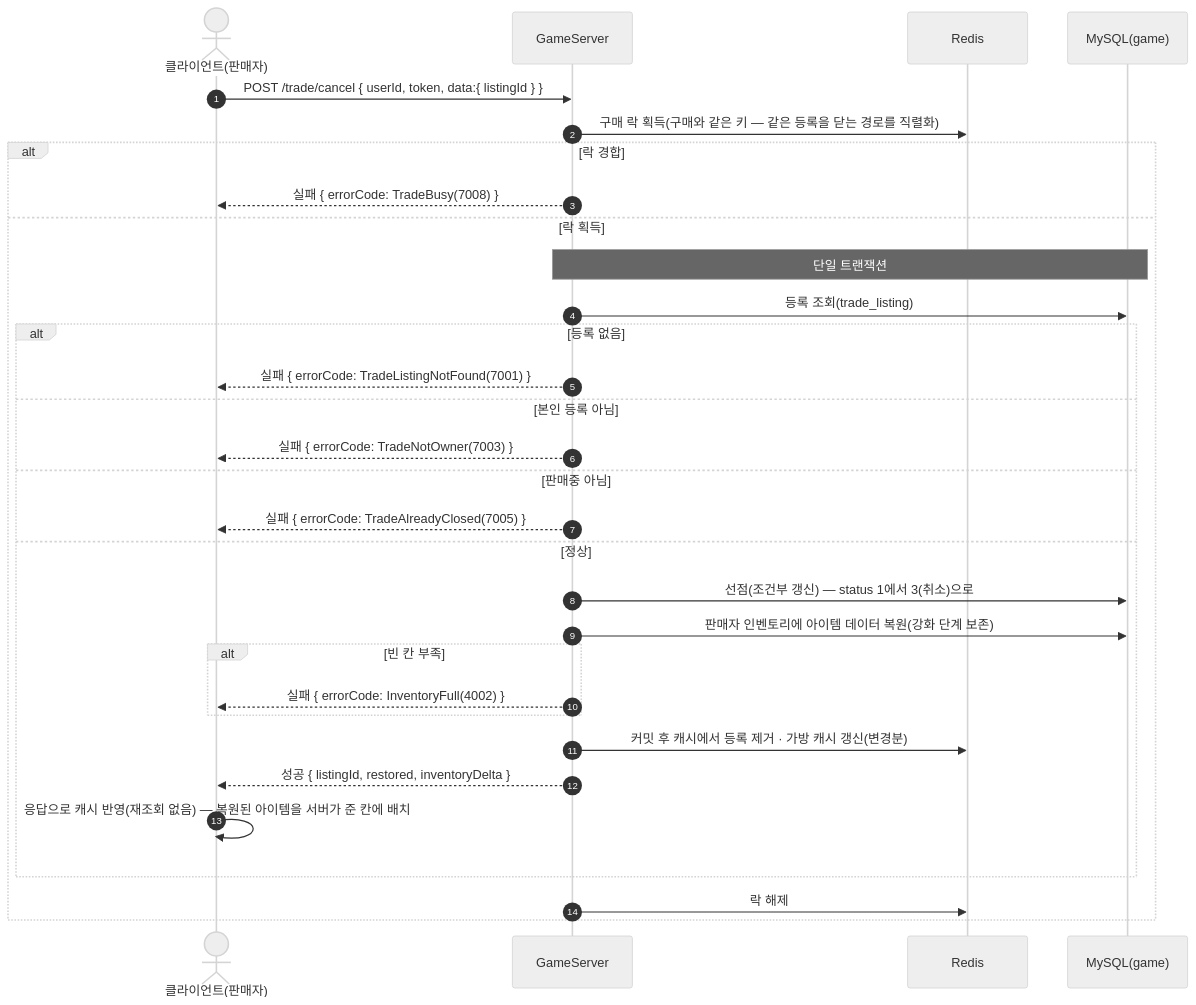
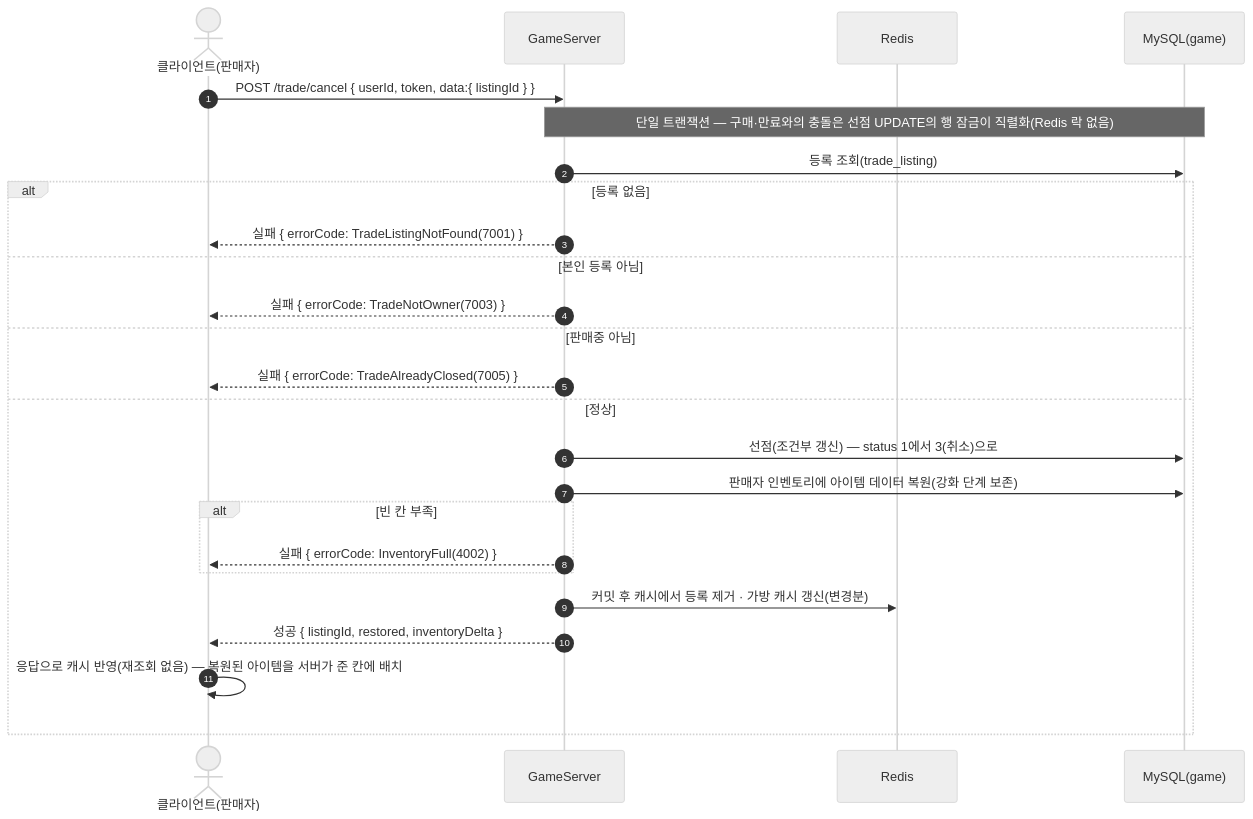
One commit to ks-wook/com2us-taskbar-hero changed diagram 28 of 35 in SequenceDiagram/README.md. Above: the diagram before and after it, drawn with Mermaid (neutral theme). The commit also changed other lines of this file and 8 other files, not shown here.

````diff
--- a/SequenceDiagram/README.md
+++ b/SequenceDiagram/README.md
@@ -921,34 +916,28 @@
 ```mermaid
 sequenceDiagram
     autonumber
     actor C as 클라이언트(판매자)
     participant S as GameServer
     participant R as Redis
     participant DB as MySQL(game)
 
     C->>S: POST /trade/cancel { userId, token, data:{ listingId } }
-    S->>R: 구매 락 획득(구매와 같은 키 — 같은 등록을 닫는 경로를 직렬화)
-    alt 락 경합
-        S-->>C: 실패 { errorCode: TradeBusy(7008) }
-    else 락 획득
-        Note over S,DB: 단일 트랜잭션
-        S->>DB: 등록 조회(trade_listing)
-        alt 등록 없음
-            S-->>C: 실패 { errorCode: TradeListingNotFound(7001) }
-        else 본인 등록 아님
-            S-->>C: 실패 { errorCode: TradeNotOwner(7003) }
-        else 판매중 아님
-            S-->>C: 실패 { errorCode: TradeAlreadyClosed(7005) }
-        else 정상
-            S->>DB: 선점(조건부 갱신) — status 1에서 3(취소)으로
-            S->>DB: 판매자 인벤토리에 아이템 데이터 복원(강화 단계 보존)
-            alt 빈 칸 부족
-                S-->>C: 실패 { errorCode: InventoryFull(4002) }
-            end
-            S->>R: 커밋 후 캐시에서 등록 제거 · 가방 캐시 갱신(변경분)
-            S-->>C: 성공 { listingId, restored, inventoryDelta }
-            C->>C: 응답으로 캐시 반영(재조회 없음) — 복원된 아이템을 서버가 준 칸에 배치
+    Note over S,DB: 단일 트랜잭션 — 구매·만료와의 충돌은 선점 UPDATE의 행 잠금이 직렬화(Redis 락 없음)
+    S->>DB: 등록 조회(trade_listing)
+    alt 등록 없음
+        S-->>C: 실패 { errorCode: TradeListingNotFound(7001) }
+    else 본인 등록 아님
+        S-->>C: 실패 { errorCode: TradeNotOwner(7003) }
+    else 판매중 아님
+        S-->>C: 실패 { errorCode: TradeAlreadyClosed(7005) }
+    else 정상
+        S->>DB: 선점(조건부 갱신) — status 1에서 3(취소)으로
+        S->>DB: 판매자 인벤토리에 아이템 데이터 복원(강화 단계 보존)
+        alt 빈 칸 부족
+            S-->>C: 실패 { errorCode: InventoryFull(4002) }
         end
-        S->>R: 락 해제
+        S->>R: 커밋 후 캐시에서 등록 제거 · 가방 캐시 갱신(변경분)
+        S-->>C: 성공 { listingId, restored, inventoryDelta }
+        C->>C: 응답으로 캐시 반영(재조회 없음) — 복원된 아이템을 서버가 준 칸에 배치
     end
 ```
````
